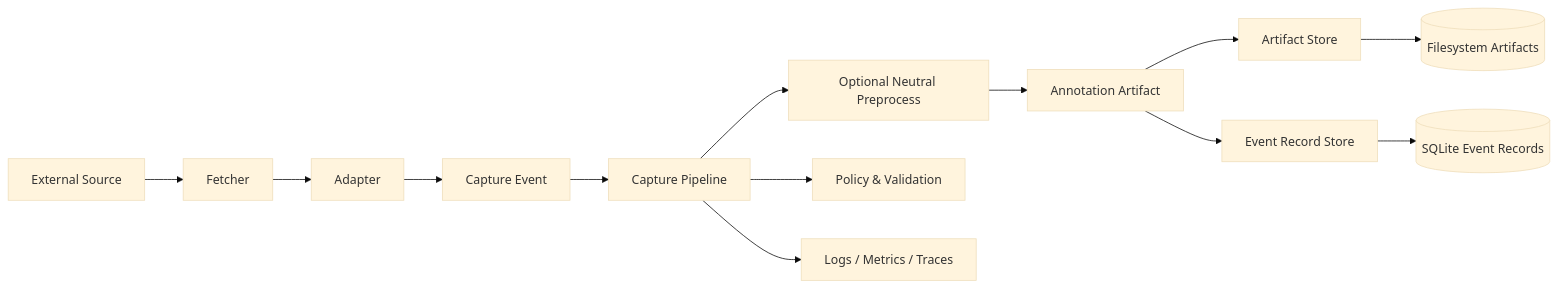
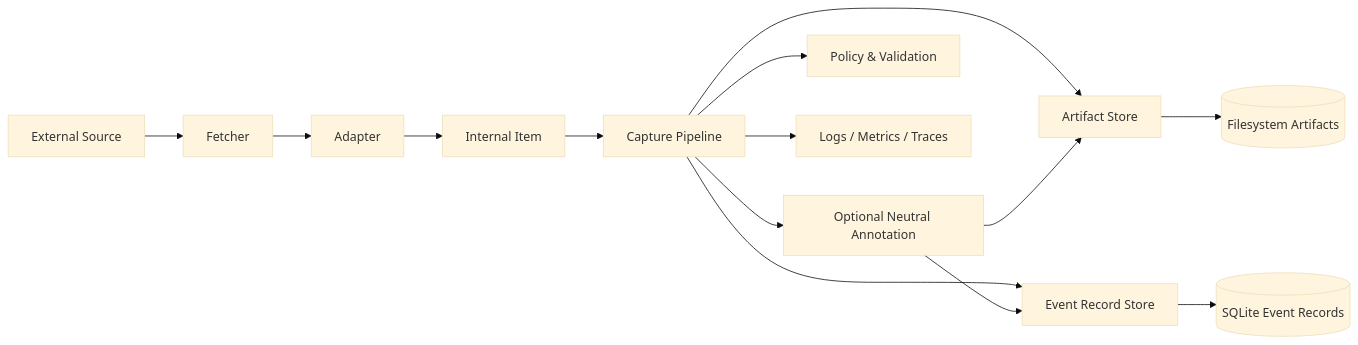
Before and after one commit to LoveOrange/shiyi: the diagram in README.md, drawn with Mermaid (base theme). The commit also changed other lines of this file and 30 other files, not shown here.

Commit message:
refactor adapter boundary to internal items

````diff
--- a/README.md
+++ b/README.md
@@ -32,15 +32,16 @@
 ```mermaid
 flowchart LR
   Source[External Source] --> Fetcher[Fetcher]
   Fetcher --> Adapter[Adapter]
-  Adapter --> CaptureEvent[Capture Event]
-  CaptureEvent --> Pipeline[Capture Pipeline]
-  Pipeline --> Preprocess[Optional Neutral Preprocess]
-  Preprocess --> Annotation[Annotation Artifact]
+  Adapter --> InternalItem[Internal Item]
+  InternalItem --> Pipeline[Capture Pipeline]
+  Pipeline --> Annotation[Optional Neutral Annotation]
   Pipeline --> Policy[Policy & Validation]
-  Annotation --> ArtifactStore[Artifact Store]
-  Annotation --> EventRecordStore[Event Record Store]
+  Pipeline --> ArtifactStore[Artifact Store]
+  Pipeline --> EventRecordStore[Event Record Store]
+  Annotation --> ArtifactStore
+  Annotation --> EventRecordStore
   ArtifactStore --> FS[(Filesystem Artifacts)]
   EventRecordStore --> SQLite[(SQLite Event Records)]
   Pipeline --> Telemetry[Logs / Metrics / Traces]
 ```
````
